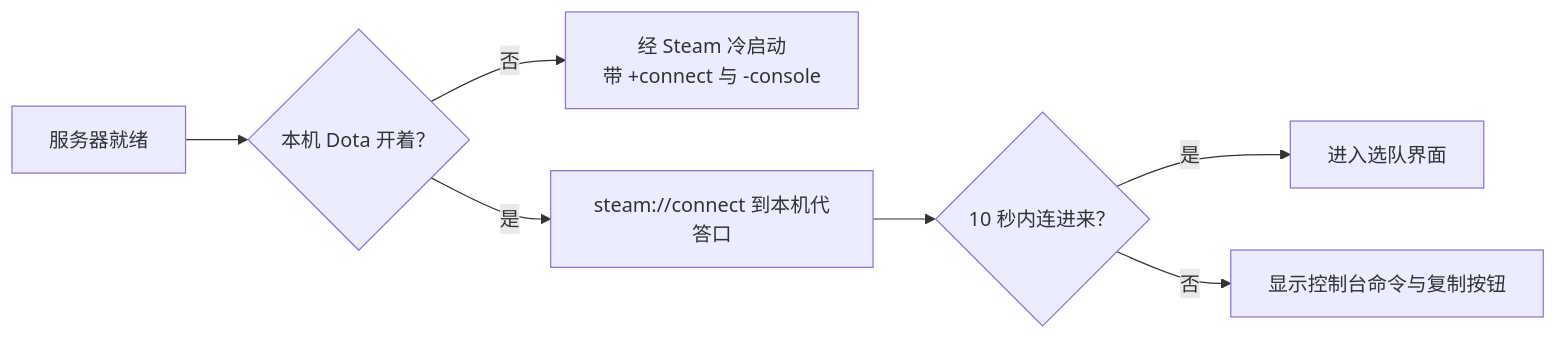
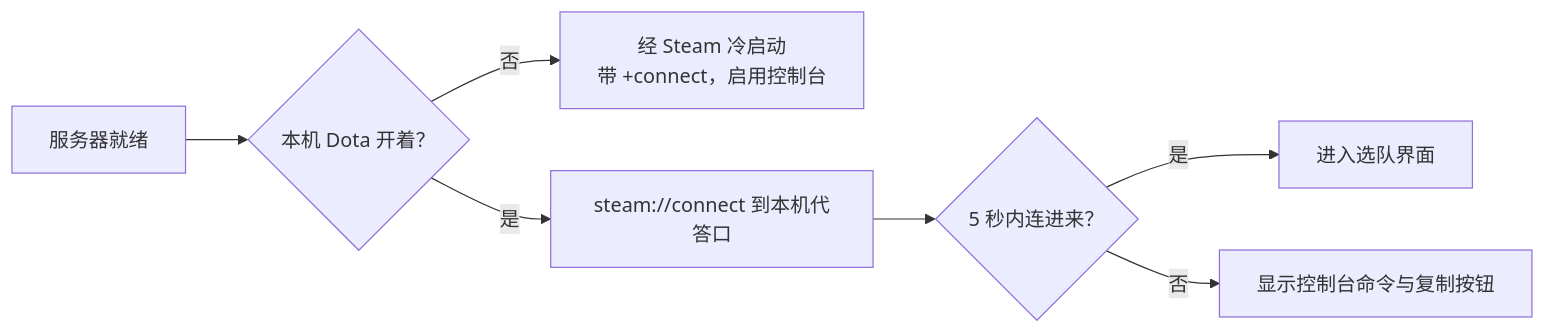
One commit to windy10v10ai/firebase changed the second of 2 diagrams in docs/design/launcher-multiplayer/phase-7-continuous-room.md. Above: the diagram before and after it, drawn with Mermaid. The commit also changed other lines of this file, not shown here.

Commit message:
Let the host start the next game by hand and wait 5 seconds before the console fallback

````diff
--- a/docs/design/launcher-multiplayer/phase-7-continuous-room.md
+++ b/docs/design/launcher-multiplayer/phase-7-continuous-room.md
@@ -58,9 +57,9 @@
 ```mermaid
 flowchart LR
   S[服务器就绪] --> R{本机 Dota 开着？}
-  R -- 否 --> L[经 Steam 冷启动<br/>带 +connect 与 -console]
+  R -- 否 --> L[经 Steam 冷启动<br/>带 +connect，启用控制台]
   R -- 是 --> U[steam://connect 到本机代答口]
-  U --> W{10 秒内连进来？}
+  U --> W{5 秒内连进来？}
   W -- 是 --> OK[进入选队界面]
   W -- 否 --> M[显示控制台命令与复制按钮]
 ```
````
